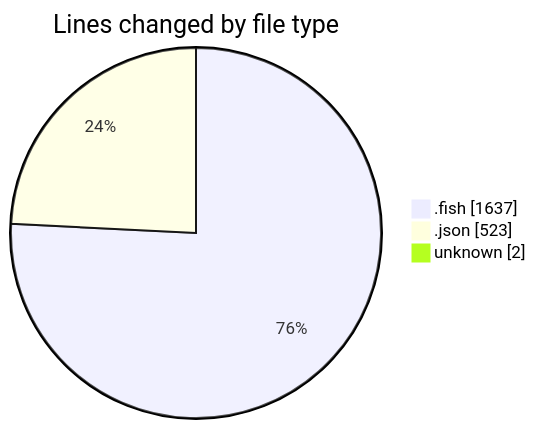
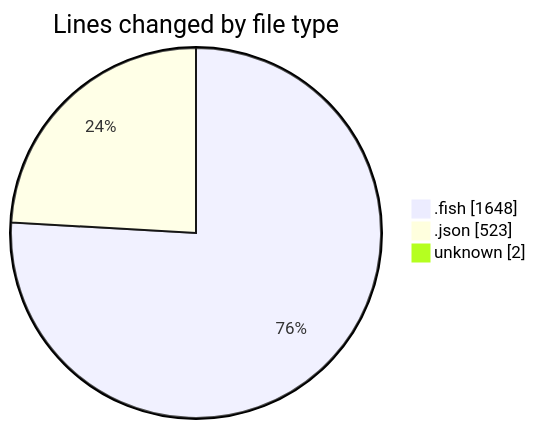
The first of 2 diagrams in 2025-07-12/fish/README.md (EIIisD/code-tracking), drawn with Mermaid before and after one commit. The commit also changed other lines of this file and 1 other file, not shown here.

````diff
--- a/2025-07-12/fish/README.md
+++ b/2025-07-12/fish/README.md
@@ -100,7 +102,7 @@
 ```mermaid
 pie showData
 title Lines changed by file type
-".fish" : 1637
+".fish" : 1648
 ".json" : 523
 "unknown" : 2
 ```
````
